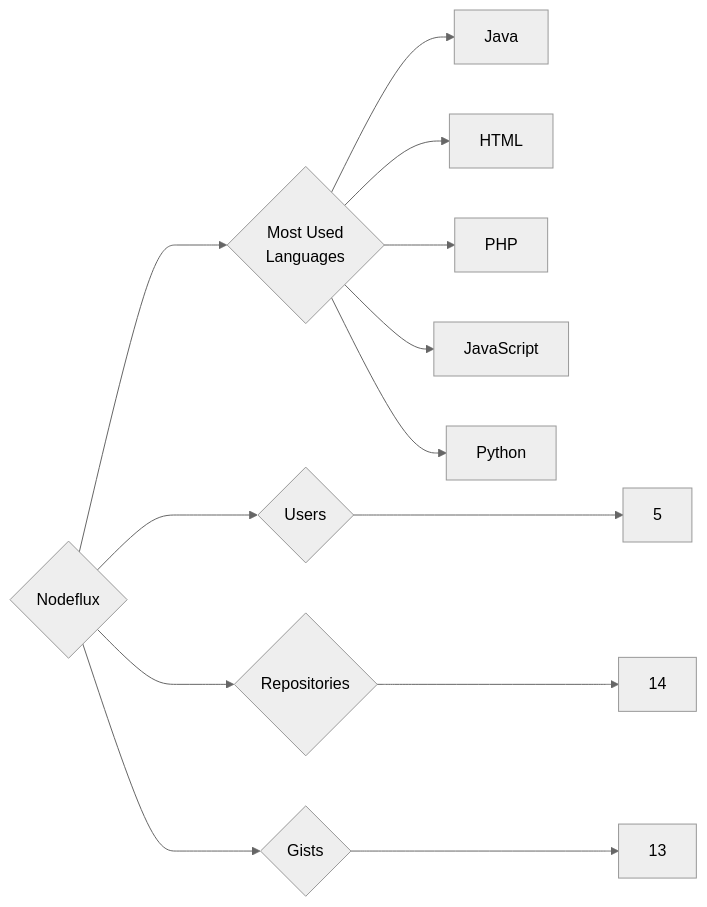
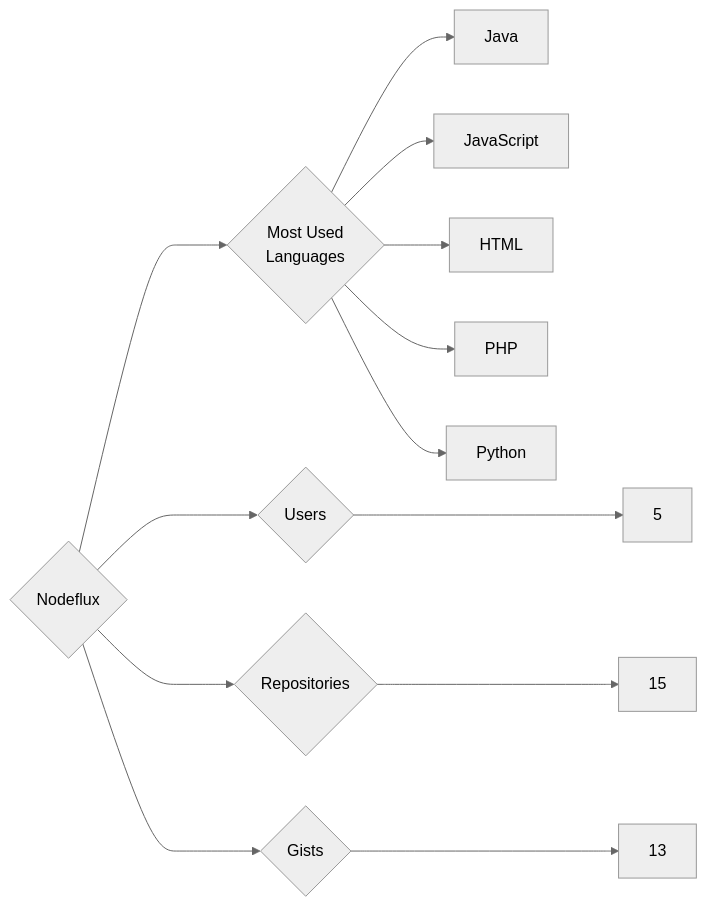
One commit to trickest/insiders changed the diagram in targets/Nodeflux/README.md. Above: the diagram before and after it, drawn with Mermaid (neutral theme). The commit also changed 1479 other files, not shown here.

````diff
--- a/targets/Nodeflux/README.md
+++ b/targets/Nodeflux/README.md
@@ -3,13 +3,13 @@
 ```mermaid
 graph LR
 COMPANY_NAME{Nodeflux}
 COMPANY_NAME ---> U{Users} ---> UN[5]
-COMPANY_NAME ---> R{Repositories} ---> RN[14]
+COMPANY_NAME ---> R{Repositories} ---> RN[15]
 COMPANY_NAME ---> G{Gists} ---> GN[13]
 COMPANY_NAME ---> ML{Most Used<br>Languages}
 ML --> Java[Java]
+ML --> JavaScript[JavaScript]
 ML --> HTML[HTML]
 ML --> PHP[PHP]
-ML --> JavaScript[JavaScript]
 ML --> Python[Python]
 ```
````
